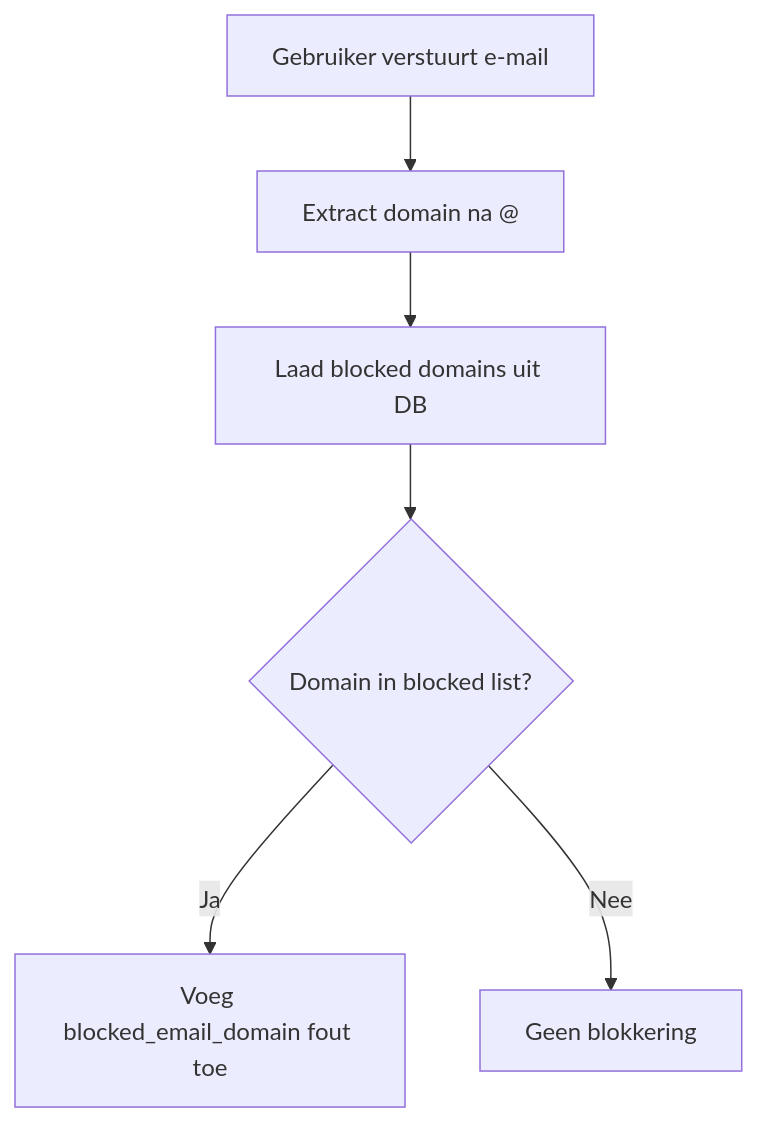
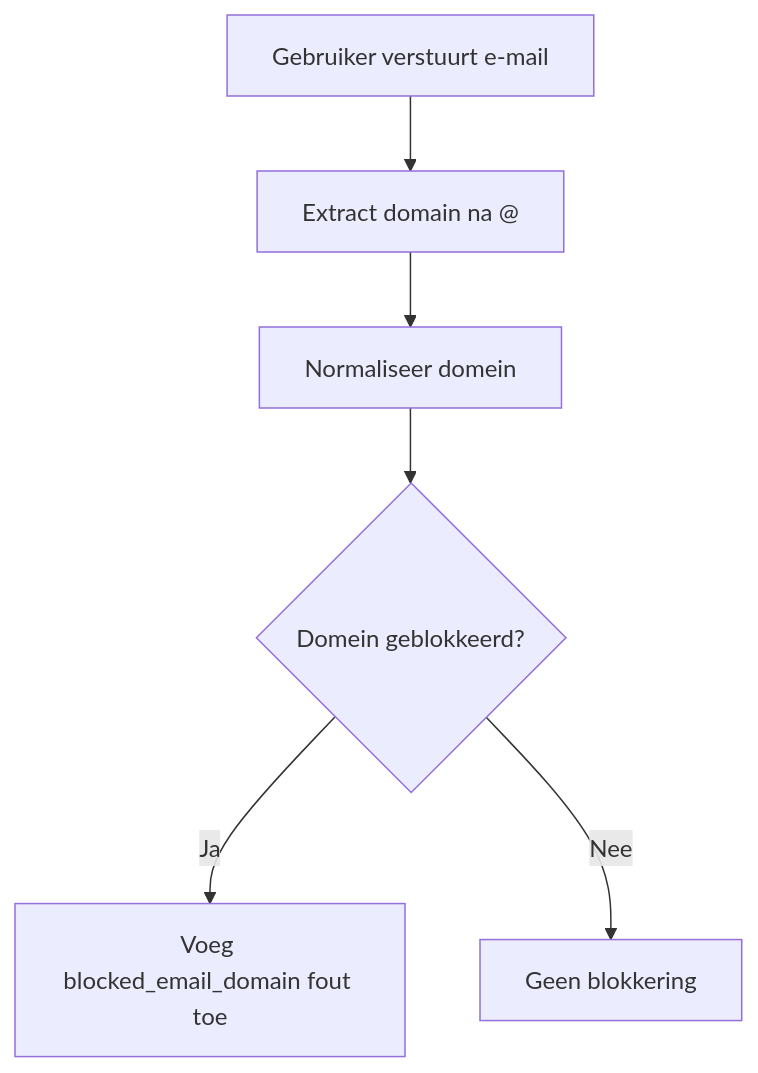
One commit to byteway/bso-wp-blocked-domains changed the fifth of 11 diagrams in document/Functional_Design.md. Above: the diagram before and after it, drawn with Mermaid. The commit also changed other lines of this file and 2 other files, not shown here.

````diff
--- a/document/Functional_Design.md
+++ b/document/Functional_Design.md
@@ -205,8 +188,8 @@
 ```mermaid
 flowchart TD
 	A[Gebruiker verstuurt e-mail] --> B[Extract domain na @]
-	B --> C[Laad blocked domains uit DB]
-	C --> D{Domain in blocked list?}
+	B --> C[Normaliseer domein]
+	C --> D{Domein geblokkeerd?}
 	D -- Ja --> E[Voeg blocked_email_domain fout toe]
 	D -- Nee --> F[Geen blokkering]
 ```
````
